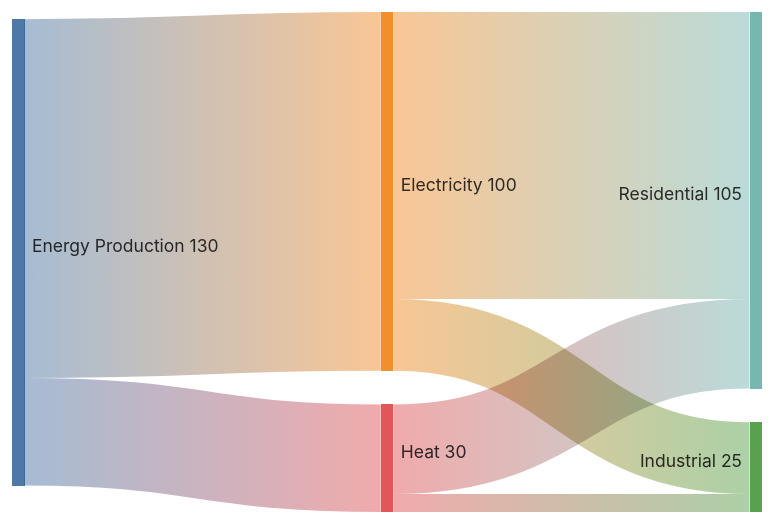
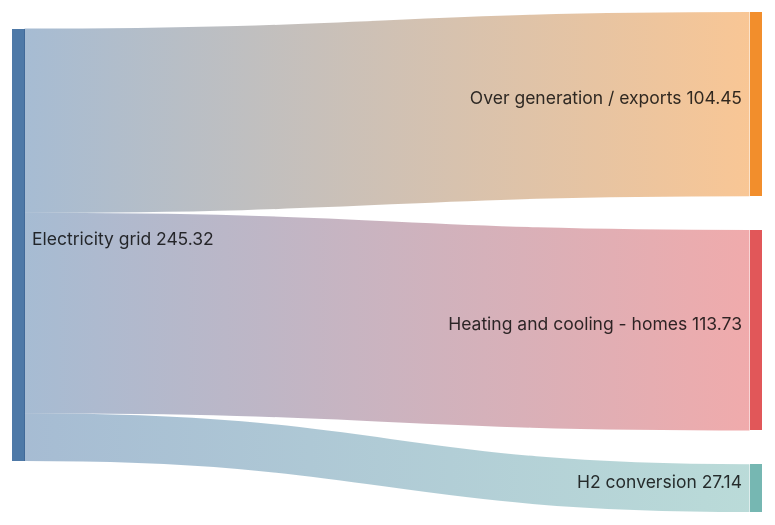
One commit to teachingai/full-stack-skills changed the first of 7 diagrams in skills/mermaid/examples/sankey.md. Above: the diagram before and after it, drawn with Mermaid. The commit also changed other lines of this file and 21 other files, not shown here.

First line of the commit message:
docs(mermaid): 更新架构、块、C4和类图示例文档

````diff
--- a/skills/mermaid/examples/sankey.md
+++ b/skills/mermaid/examples/sankey.md
@@ -22,11 +25,7 @@
 ```mermaid
 sankey
-Energy Production,Electricity,100
-Energy Production,Heat,30
-
-Electricity,Residential,80
-Electricity,Industrial,20
-
-Heat,Residential,25
-Heat,Industrial,5
+%% source,target,value
+Electricity grid,Over generation / exports,104.453
+Electricity grid,Heating and cooling - homes,113.726
+Electricity grid,H2 conversion,27.14
 ```
````
